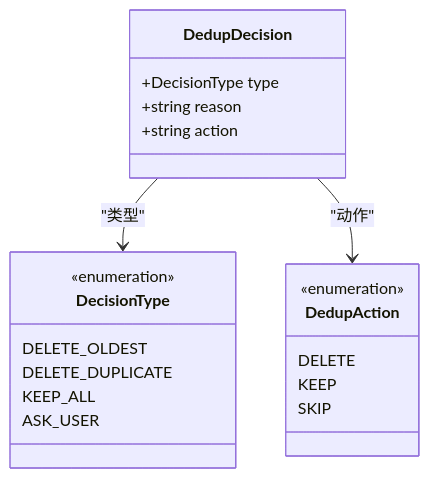
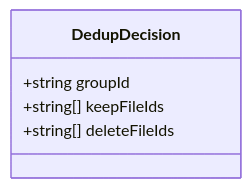
Before and after one commit to remgasuki/ReDoPhoto: the seventh of 10 diagrams in .qoder/repowiki/zh/content/API参考手册/类型定义参考.md, drawn with Mermaid. The commit also changed other lines of this file and 39 other files, not shown here.

````diff
--- a/.qoder/repowiki/zh/content/API参考手册/类型定义参考.md
+++ b/.qoder/repowiki/zh/content/API参考手册/类型定义参考.md
@@ -413,23 +382,8 @@
 ```mermaid
 classDiagram
 class DedupDecision {
-+DecisionType type
-+string reason
-+string action
++string groupId
++string[] keepFileIds
++string[] deleteFileIds
 }
-class DecisionType {
-<<enumeration>>
-DELETE_OLDEST
-DELETE_DUPLICATE
-KEEP_ALL
-ASK_USER
-}
-class DedupAction {
-<<enumeration>>
-DELETE
-KEEP
-SKIP
-}
-DedupDecision --> DecisionType : "类型"
-DedupDecision --> DedupAction : "动作"
 ```
````
